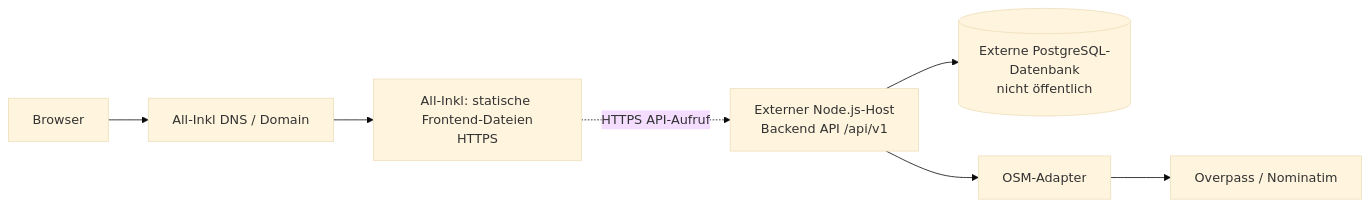
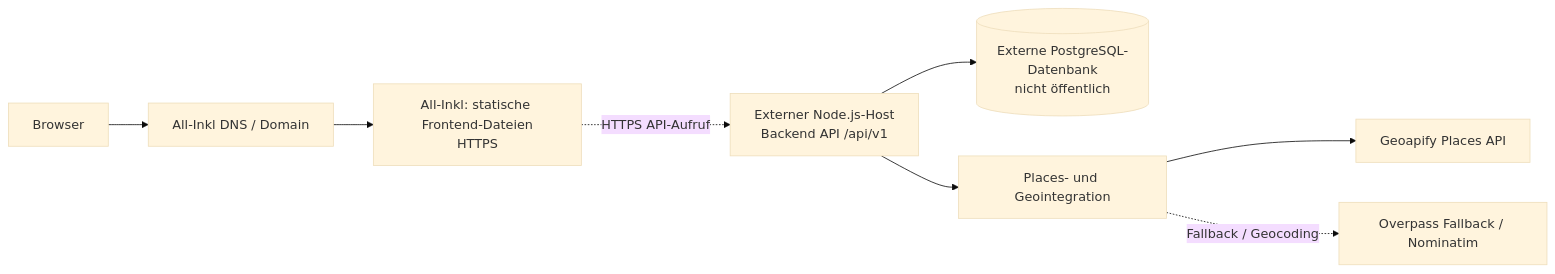
The diagram in docs/arch/diagrams/deployment.mmd (ahil-trq/thm_wk-1106_food-mood), drawn with Mermaid (base theme) before and after one commit. The commit also changed 14 other files, not shown here.

```diff
--- a/docs/arch/diagrams/deployment.mmd
+++ b/docs/arch/diagrams/deployment.mmd
@@ -1,13 +1,15 @@
 flowchart LR
     BROWSER[Browser]
     DOMAIN[All-Inkl DNS / Domain]
     FRONT[All-Inkl: statische Frontend-Dateien<br/>HTTPS]
     API[Externer Node.js-Host<br/>Backend API /api/v1]
     DB[(Externe PostgreSQL-Datenbank<br/>nicht öffentlich)]
-    ADAPTER[OSM-Adapter]
-    OSM[Overpass / Nominatim]
+    ADAPTER[Places- und Geointegration]
+    PLACES[Geoapify Places API]
+    OSM[Overpass Fallback / Nominatim]
 
     BROWSER --> DOMAIN --> FRONT
     FRONT -.HTTPS API-Aufruf.-> API
     API --> DB
-    API --> ADAPTER --> OSM
+    API --> ADAPTER --> PLACES
+    ADAPTER -.Fallback / Geocoding.-> OSM
```
